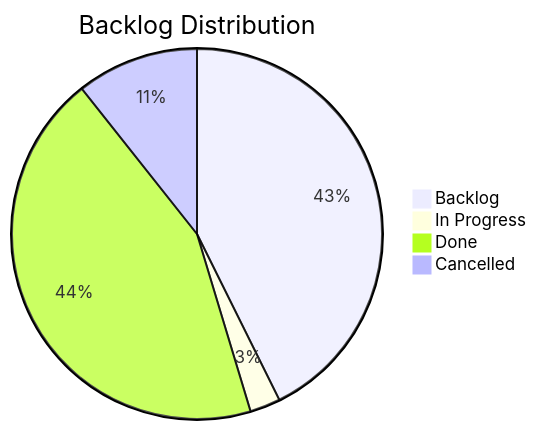
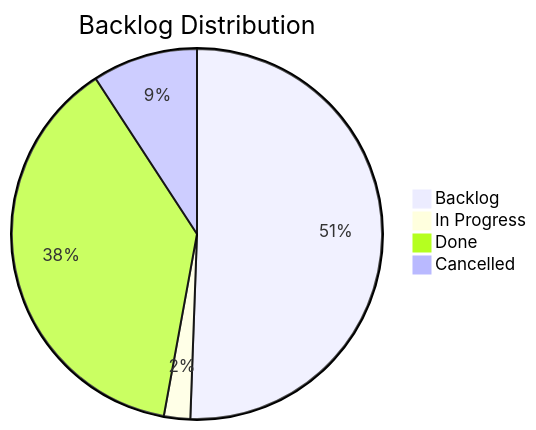
One commit to TheCodeCreature/Hytale-Example-Plugin changed the diagram in docs/board.md. Above: the diagram before and after it, drawn with Mermaid. The commit also changed other lines of this file and 14 other files, not shown here.

````diff
--- a/docs/board.md
+++ b/docs/board.md
@@ -7,7 +7,7 @@
 ```mermaid
 pie title Backlog Distribution
-    "Backlog" : 32
+    "Backlog" : 44
     "In Progress" : 2
     "Done" : 33
     "Cancelled" : 8
 ```
````
